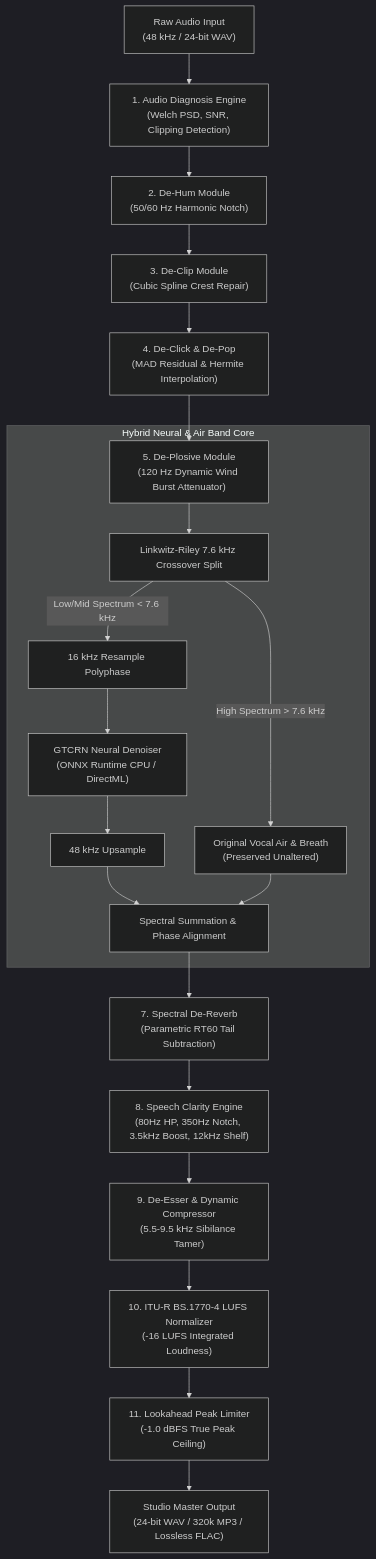
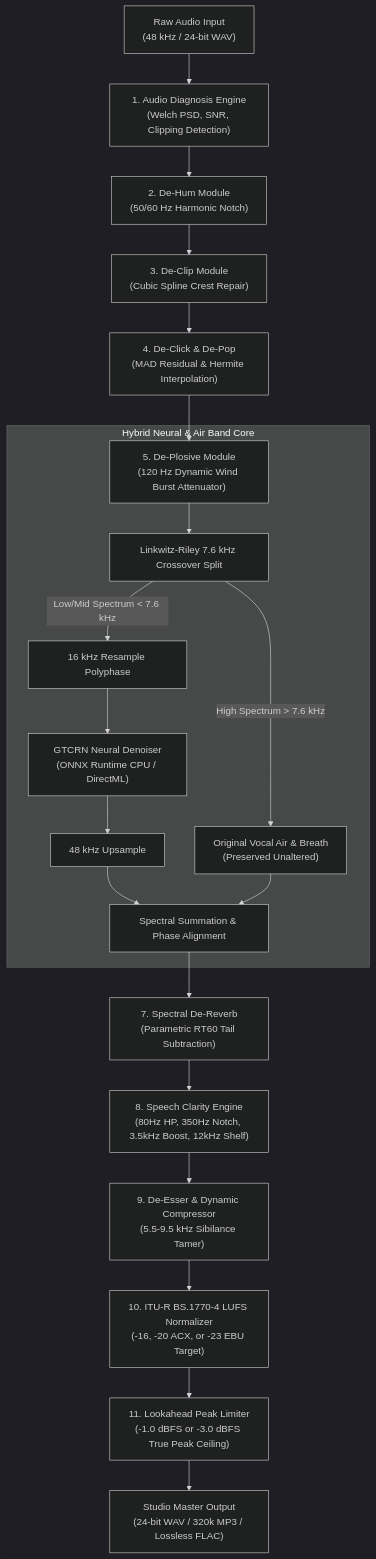
The diagram in README.md (Venarus/vox-studio), drawn with Mermaid (dark theme) before and after one commit. The commit also changed other lines of this file and 6 other files, not shown here.

````diff
--- a/README.md
+++ b/README.md
@@ -43,25 +98,25 @@
 ```mermaid
 flowchart TD
     Raw["Raw Audio Input\n(48 kHz / 24-bit WAV)"] --> S1["1. Audio Diagnosis Engine\n(Welch PSD, SNR, Clipping Detection)"]
     S1 --> S2["2. De-Hum Module\n(50/60 Hz Harmonic Notch)"]
     S2 --> S3["3. De-Clip Module\n(Cubic Spline Crest Repair)"]
     S3 --> S4["4. De-Click & De-Pop\n(MAD Residual & Hermite Interpolation)"]
     S4 --> S5["5. De-Plosive Module\n(120 Hz Dynamic Wind Burst Attenuator)"]
     
     subgraph Hybrid_Neural_Core ["Hybrid Neural & Air Band Core"]
         S5 --> Split["Linkwitz-Riley 7.6 kHz Crossover Split"]
         Split -->|Low/Mid Spectrum < 7.6 kHz| Resample["16 kHz Resample Polyphase"]
         Resample --> GTCRN["GTCRN Neural Denoiser\n(ONNX Runtime CPU / DirectML)"]
         GTCRN --> Upsample["48 kHz Upsample"]
         Split -->|High Spectrum > 7.6 kHz| AirBand["Original Vocal Air & Breath\n(Preserved Unaltered)"]
         Upsample --> Blend["Spectral Summation & Phase Alignment"]
         AirBand --> Blend
     end
 
     Blend --> S7["7. Spectral De-Reverb\n(Parametric RT60 Tail Subtraction)"]
     S7 --> S8["8. Speech Clarity Engine\n(80Hz HP, 350Hz Notch, 3.5kHz Boost, 12kHz Shelf)"]
     S8 --> S9["9. De-Esser & Dynamic Compressor\n(5.5-9.5 kHz Sibilance Tamer)"]
-    S9 --> S10["10. ITU-R BS.1770-4 LUFS Normalizer\n(-16 LUFS Integrated Loudness)"]
-    S10 --> S11["11. Lookahead Peak Limiter\n(-1.0 dBFS True Peak Ceiling)"]
+    S9 --> S10["10. ITU-R BS.1770-4 LUFS Normalizer\n(-16, -20 ACX, or -23 EBU Target)"]
+    S10 --> S11["11. Lookahead Peak Limiter\n(-1.0 dBFS or -3.0 dBFS True Peak Ceiling)"]
     S11 --> Out["Studio Master Output\n(24-bit WAV / 320k MP3 / Lossless FLAC)"]
 ```
````
